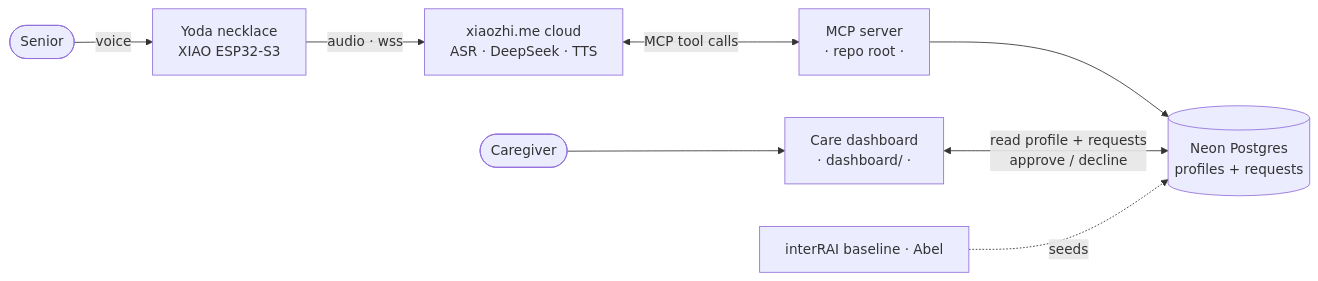
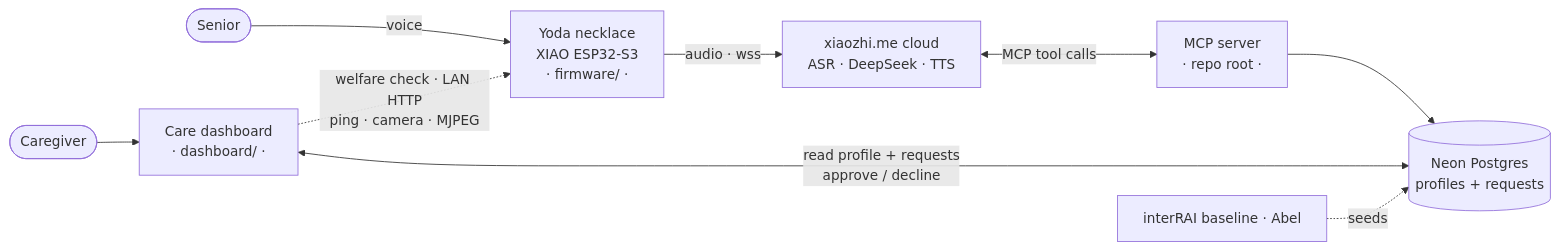
The diagram in README.md (AbhishekVulla/yoda-mcp), drawn with Mermaid before and after one commit. The commit also changed other lines of this file, not shown here.

First line of the commit message:
docs: README, add firmware/ to architecture + file tree, note Feature 2 welfare path

````diff
--- a/README.md
+++ b/README.md
@@ -29,10 +32,11 @@
 ```mermaid
 flowchart LR
-  Senior([Senior]) -->|voice| Pendant[Yoda necklace<br/>XIAO ESP32-S3]
+  Senior([Senior]) -->|voice| Pendant[Yoda necklace<br/>XIAO ESP32-S3<br/>· firmware/ ·]
   Pendant -->|audio · wss| Cloud[xiaozhi.me cloud<br/>ASR · DeepSeek · TTS]
   Cloud <-->|MCP tool calls| Server[MCP server<br/>· repo root ·]
   Server --> Neon[(Neon Postgres<br/>profiles + requests)]
   Caregiver([Caregiver]) --> Dash[Care dashboard<br/>· dashboard/ ·]
   Dash <-->|read profile + requests<br/>approve / decline| Neon
+  Dash -.->|welfare check · LAN HTTP<br/>ping · camera · MJPEG| Pendant
   Baseline[interRAI baseline · Abel] -. seeds .-> Neon
 ```
````
